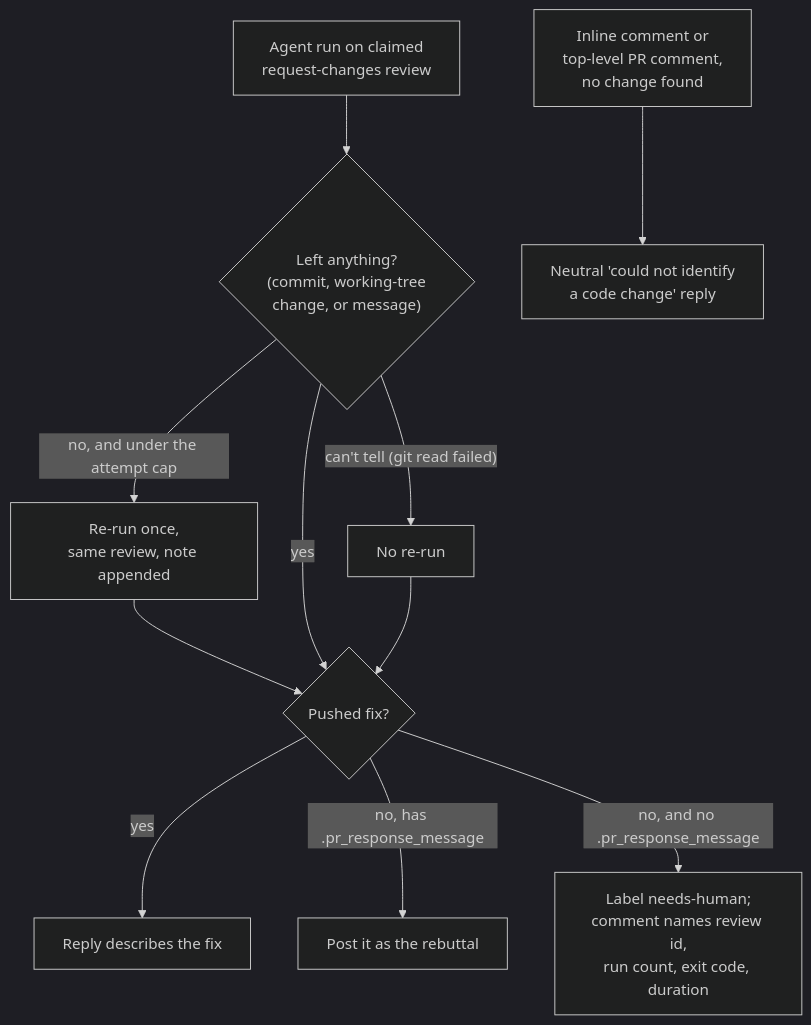
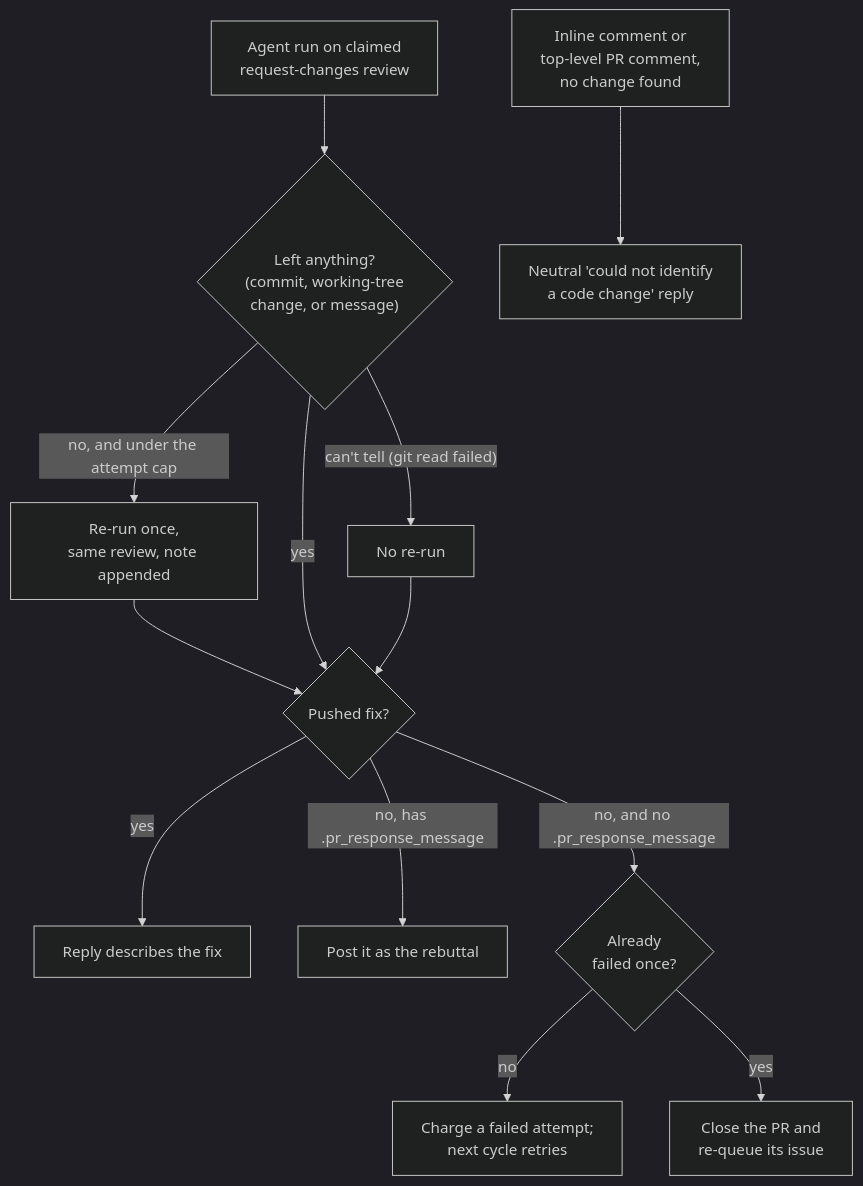
Before and after one commit to stSoftwareAU/VibeCoder: the third of 11 diagrams in docs/workflows/pr-feedback.md, drawn with Mermaid (dark theme). The commit also changed other lines of this file and 24 other files, not shown here.

First line of the commit message:
Stop the PR-feedback lane handing PRs back to a human (Issue #4304)

````diff
--- a/docs/workflows/pr-feedback.md
+++ b/docs/workflows/pr-feedback.md
@@ -329,13 +338,15 @@
 ```mermaid
 flowchart TD
     A["Agent run on claimed<br/>request-changes review"] --> L{"Left anything?<br/>(commit, working-tree<br/>change, or message)"}
     L -- "can't tell (git read failed)" --> U["No re-run"]
     L -- "no, and under the attempt cap" --> RR["Re-run once,<br/>same review, note appended"]
     RR --> F
     L -- yes --> F{"Pushed fix?"}
     F -- yes --> OK["Reply describes the fix"]
     F -- "no, has .pr_response_message" --> REB["Post it as the rebuttal"]
-    F -- "no, and no .pr_response_message" --> NH["Label needs-human;<br/>comment names review id,<br/>run count, exit code, duration"]
+    F -- "no, and no .pr_response_message" --> FO{"Already<br/>failed once?"}
+    FO -- no --> CH["Charge a failed attempt;<br/>next cycle retries"]
+    FO -- yes --> AR["Close the PR and<br/>re-queue its issue"]
     U --> F
     P["Inline comment or<br/>top-level PR comment,<br/>no change found"] --> NEU["Neutral 'could not identify<br/>a code change' reply"]
 ```
````
